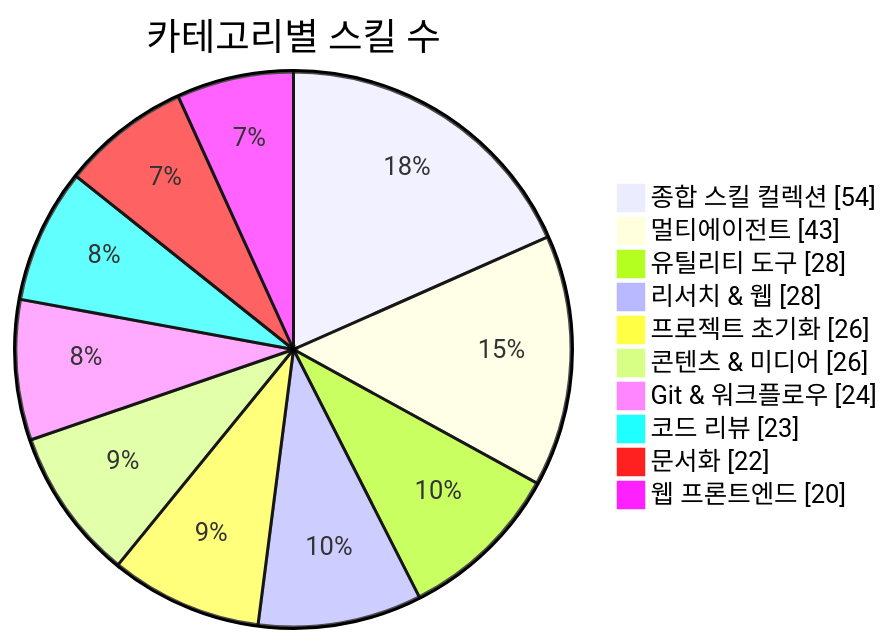
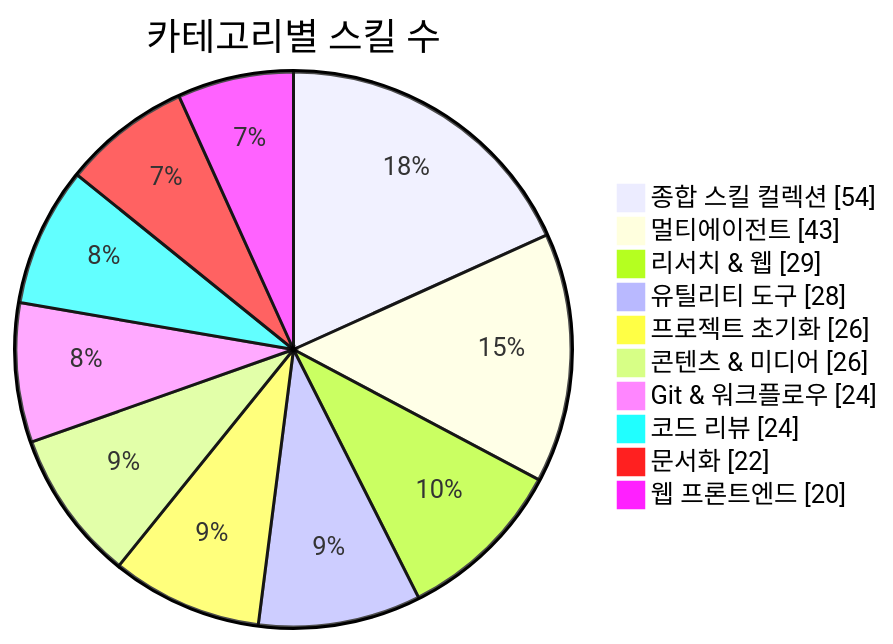
Before and after one commit to J-nowcow/awesome-korean-agent-skills: the first of 3 diagrams in README.md, drawn with Mermaid. The commit also changed other lines of this file and 5 other files, not shown here.

````diff
--- a/README.md
+++ b/README.md
@@ -176,14 +176,14 @@
 ```mermaid
 pie showData
     title 카테고리별 스킬 수
     "종합 스킬 컬렉션" : 54
     "멀티에이전트" : 43
+    "리서치 & 웹" : 29
     "유틸리티 도구" : 28
-    "리서치 & 웹" : 28
     "프로젝트 초기화" : 26
     "콘텐츠 & 미디어" : 26
     "Git & 워크플로우" : 24
-    "코드 리뷰" : 23
+    "코드 리뷰" : 24
     "문서화" : 22
     "웹 프론트엔드" : 20
 ```
````
